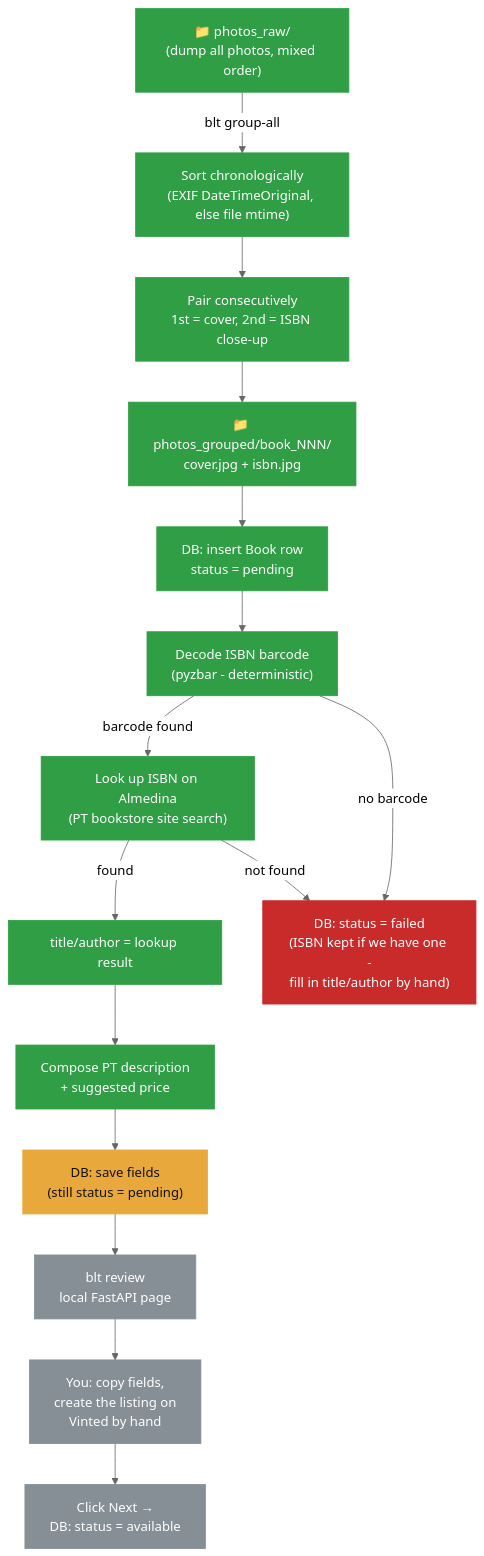
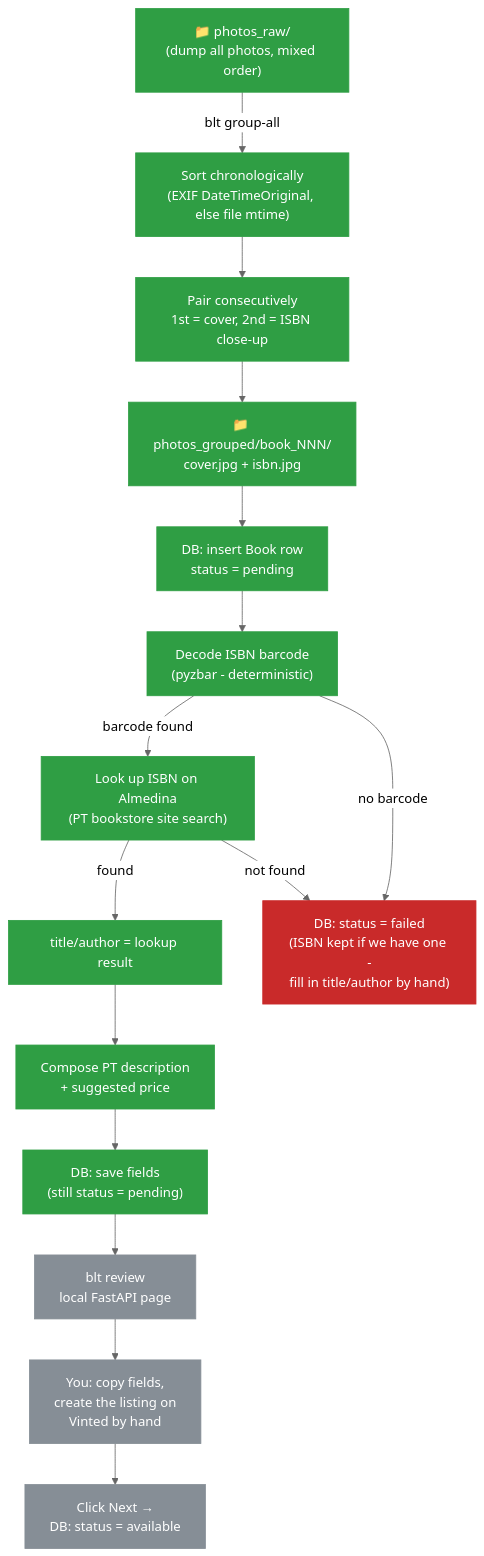
One commit to gab-es21/book-listing-automation changed the diagram in README.md. Above: the diagram before and after it, drawn with Mermaid (neutral theme). The commit also changed other lines of this file, not shown here.

Commit message:
Update README: #6 done
Flip status table + flowchart now that blt extract is merged.

````diff
--- a/README.md
+++ b/README.md
@@ -13,30 +13,29 @@
 ```mermaid
 flowchart TD
     A["📁 photos_raw/\n(dump all photos, mixed order)"] -->|"blt group-all"| B["Sort chronologically\n(EXIF DateTimeOriginal, else file mtime)"]
     B --> C["Pair consecutively\n1st = cover, 2nd = ISBN close-up"]
     C --> D["📁 photos_grouped/book_NNN/\ncover.jpg + isbn.jpg"]
     D --> E["DB: insert Book row\nstatus = pending"]
 
     E --> F["Decode ISBN barcode\n(pyzbar - deterministic)"]
     F -->|"barcode found"| G["Look up ISBN on Almedina\n(PT bookstore site search)"]
     G -->|"found"| H1["title/author = lookup result"]
     G -->|"not found"| Z["DB: status = failed\n(ISBN kept if we have one -\nfill in title/author by hand)"]
     F -->|"no barcode"| Z
 
     H1 --> I["Compose PT description\n+ suggested price"]
     I --> J["DB: save fields\n(still status = pending)"]
 
     J --> K["blt review\nlocal FastAPI page"]
     K --> L["You: copy fields,\ncreate the listing on\nVinted by hand"]
     L --> M["Click Next →\nDB: status = available"]
 
-    class A,B,C,D,E,F,G,H1,I done
-    class J building
+    class A,B,C,D,E,F,G,H1,I,J done
     class K,L,M todo
     class Z failed
 
     classDef done fill:#2f9e44,color:#fff,stroke:#2f9e44
     classDef building fill:#e8a83b,color:#111,stroke:#e8a83b
     classDef todo fill:#868e96,color:#fff,stroke:#868e96
     classDef failed fill:#c92a2a,color:#fff,stroke:#c92a2a
 ```
````
